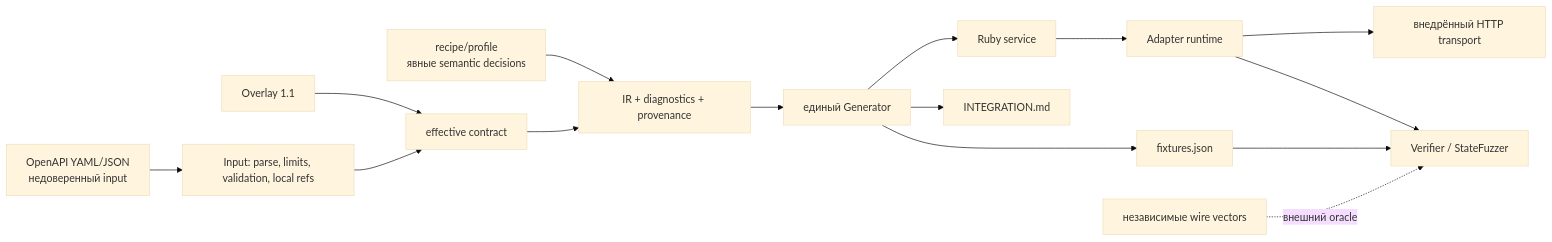
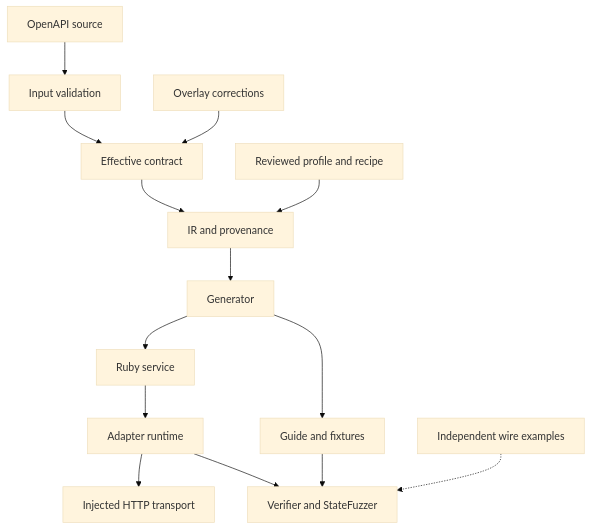
The first of 2 diagrams in research/PAYGEN_PAPER.md (m4tveevm/paygen), drawn with Mermaid (base theme) before and after one commit. The commit also changed other lines of this file and 13 other files, not shown here.

````diff
--- a/research/PAYGEN_PAPER.md
+++ b/research/PAYGEN_PAPER.md
@@ -45,17 +125,16 @@
 ```mermaid
-flowchart LR
-  S[OpenAPI YAML/JSON\nнедоверенный input] --> I[Input: parse, limits, validation, local refs]
-  O[Overlay 1.1] --> E[effective contract]
-  I --> E
-  P[recipe/profile\nявные semantic decisions] --> IR[IR + diagnostics + provenance]
-  E --> IR
-  IR --> G[единый Generator]
+flowchart TD
+  S[OpenAPI source] --> I[Input validation]
+  I --> E[Effective contract]
+  O[Overlay corrections] --> E
+  E --> IR[IR and provenance]
+  P[Reviewed profile and recipe] --> IR
+  IR --> G[Generator]
   G --> R[Ruby service]
-  G --> D[INTEGRATION.md]
-  G --> F[fixtures.json]
+  G --> D[Guide and fixtures]
   R --> A[Adapter runtime]
-  A --> T[внедрённый HTTP transport]
-  A --> V[Verifier / StateFuzzer]
-  F --> V
-  X[независимые wire vectors] -. внешний oracle .-> V
+  A --> T[Injected HTTP transport]
+  A --> V[Verifier and StateFuzzer]
+  D --> V
+  X[Independent wire examples] -.-> V
 ```
````
